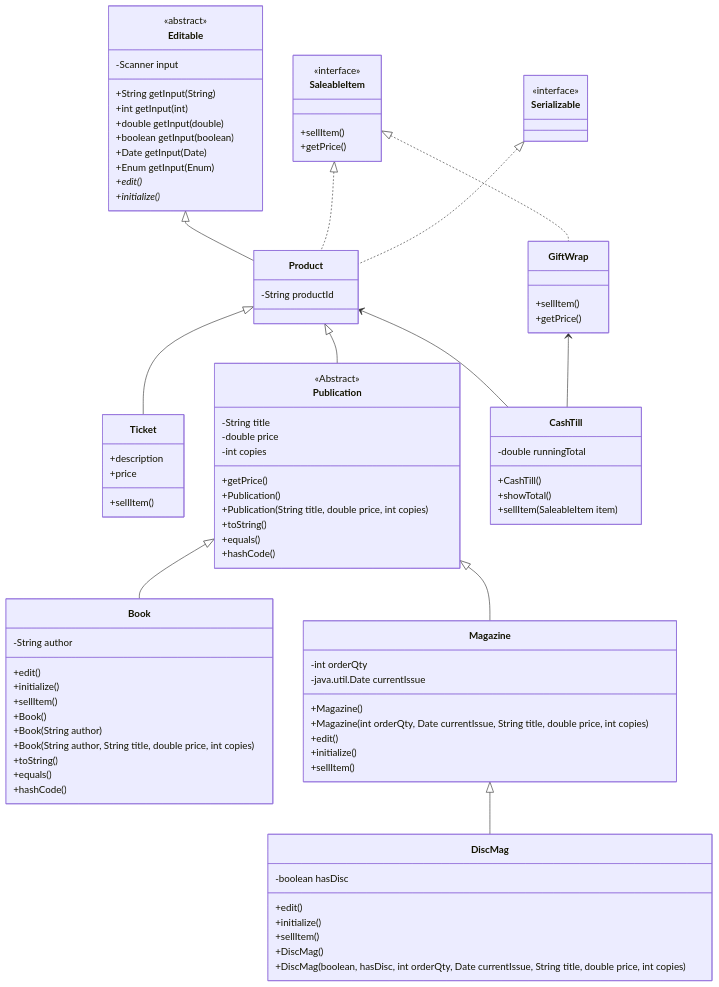
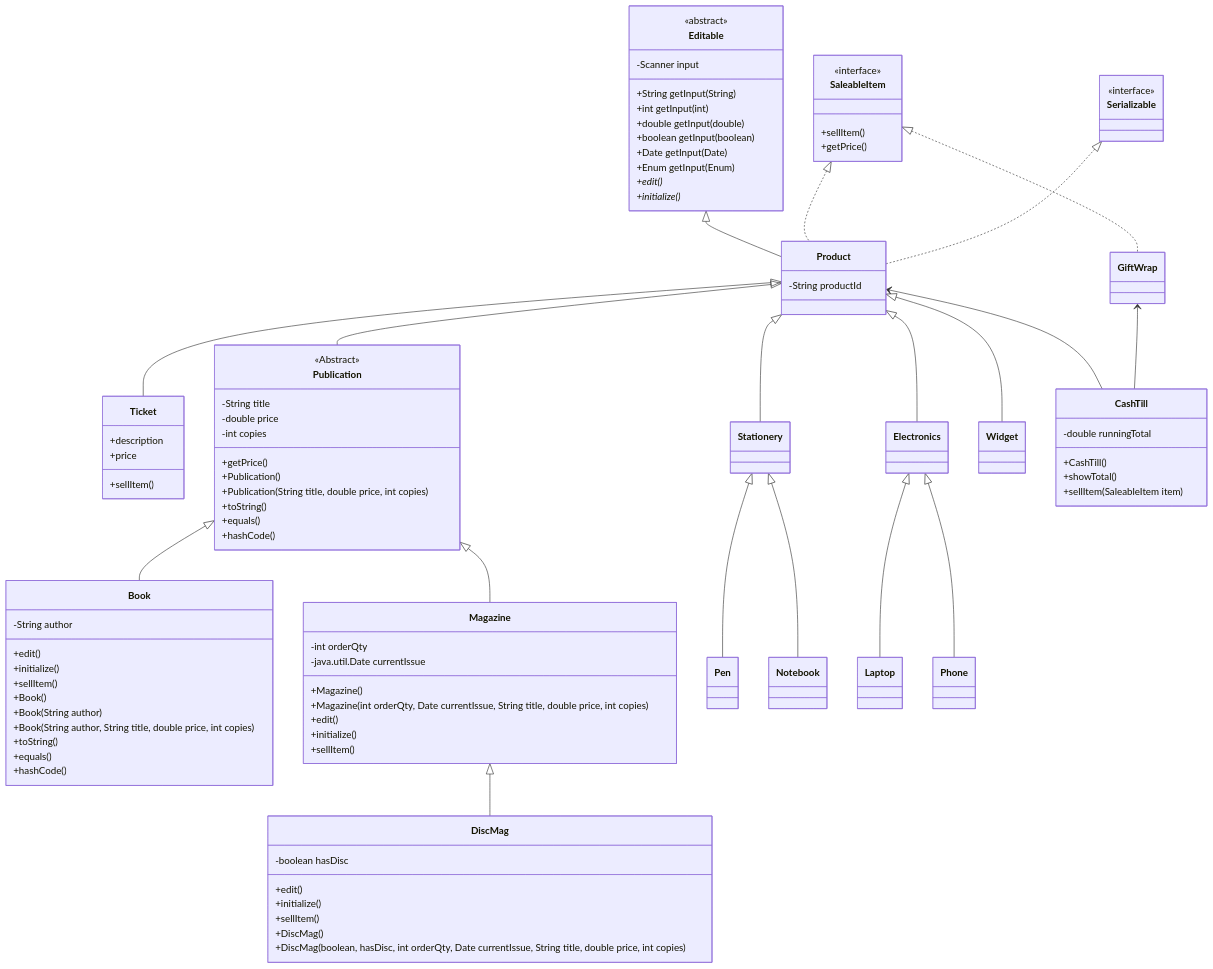
One commit to AlbaSMS/bookstore-csd214-w26-AlbaMartinez changed the diagram in documentation/bookstore.f25-2025-11-17-211001.mmd. Above: the diagram before and after it, drawn with Mermaid. The commit also changed 4 other files, not shown here.

```diff
--- a/documentation/bookstore.f25-2025-11-17-211001.mmd
+++ b/documentation/bookstore.f25-2025-11-17-211001.mmd
@@ -1,103 +1,106 @@
 classDiagram
     Editable <|--Product
     Product <|--Ticket
     Product <|--Publication
+    Product <|--Stationery
+    Product <|--Electronics
+    Product <|--Widget
     Publication <|-- Book
     Publication <|-- Magazine
+    Stationery <|-- Pen
+    Stationery <|-- Notebook
+    Electronics <|-- Laptop
+    Electronics <|-- Phone
     Magazine <|-- DiscMag
     SaleableItem <|.. Product
     SaleableItem <|.. GiftWrap
     Serializable <|.. Product
     Product <-- CashTill
     GiftWrap <-- CashTill
 
     class Product{
         -String productId
     }
 
     class Serializable{
         <<interface>>
     }
     class Ticket{
         +description
         +price
         +sellItem()
     }
     class Editable{
         <<abstract>>
         -Scanner input
         +String getInput(String)
         +int getInput(int)
         +double getInput(double)
         +boolean getInput(boolean)
         +Date getInput(Date)
         +Enum getInput(Enum)
         +edit()*
         +initialize()*
 
     }
     class Publication{
         <<Abstract>>
         -String title
         -double price
         -int copies
         +getPrice()
 
         +Publication()
         +Publication(String title, double price, int copies)
         +toString()
         +equals()
         +hashCode()
 
     }
     class Book{
         -String author
         +edit()
         +initialize()
         +sellItem()
 
         +Book()
         +Book(String author)
         +Book(String author, String title, double price, int copies)
         +toString()
         +equals()
         +hashCode()
 
     }
     class Magazine{
         -int orderQty
         -java.util.Date currentIssue
 
         +Magazine()
         +Magazine(int orderQty, Date currentIssue, String title, double price, int copies)
 
         +edit()
         +initialize()
         +sellItem()
     }
     class DiscMag{
         -boolean hasDisc
         +edit()
         +initialize()
         +sellItem()
 
         +DiscMag()
         +DiscMag(boolean, hasDisc, int orderQty, Date currentIssue, String title, double price, int copies)
 
     }
     class CashTill{
         -double runningTotal
         +CashTill()
         +showTotal()
         +sellItem(SaleableItem item)
     }
     class SaleableItem {
         <<interface>>
         +sellItem()
         +getPrice()
 
     }
-    class GiftWrap {
-        +sellItem()
-        +getPrice()
- }
```
